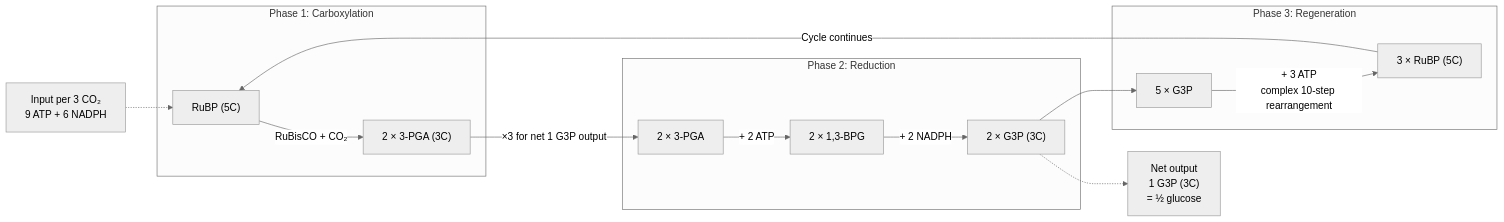
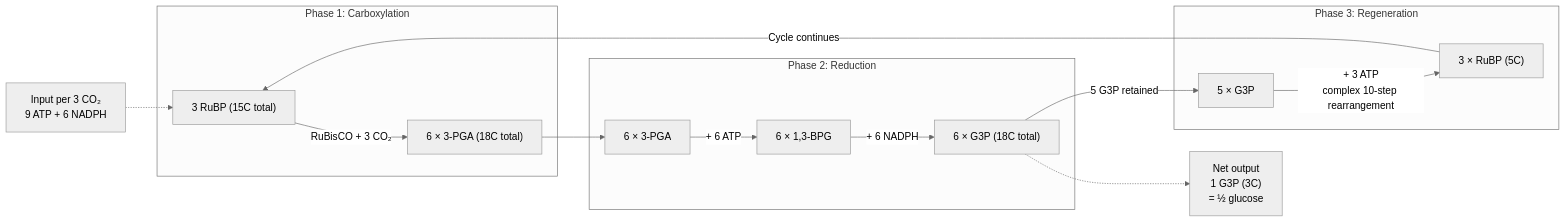
Before and after one commit to docxology/biology_textbook: the second of 6 diagrams in docs/manuscript/unit_III/photosynthesis.md, drawn with Mermaid (neutral theme). The commit also changed other lines of this file and 444 other files, not shown here.

````diff
--- a/docs/manuscript/unit_III/photosynthesis.md
+++ b/docs/manuscript/unit_III/photosynthesis.md
@@ -376,29 +373,29 @@
 ```mermaid
 flowchart LR
     subgraph P1["Phase 1: Carboxylation"]
-        RuBP["RuBP (5C)"]
-        PGA["2 × 3-PGA (3C)"]
-        RuBP -->|"RuBisCO + CO₂"| PGA
+        RuBP["3 RuBP (15C total)"]
+        PGA["6 × 3-PGA (18C total)"]
+        RuBP -->|"RuBisCO + 3 CO₂"| PGA
     end
 
     subgraph P2["Phase 2: Reduction"]
-        PGA2["2 × 3-PGA"]
-        BPG["2 × 1,3-BPG"]
-        G3P["2 × G3P (3C)"]
-        PGA2 -->|"+ 2 ATP"| BPG
-        BPG -->|"+ 2 NADPH"| G3P
+        PGA2["6 × 3-PGA"]
+        BPG["6 × 1,3-BPG"]
+        G3P["6 × G3P (18C total)"]
+        PGA2 -->|"+ 6 ATP"| BPG
+        BPG -->|"+ 6 NADPH"| G3P
     end
 
     subgraph P3["Phase 3: Regeneration"]
         G3P2["5 × G3P"]
         RuBP2["3 × RuBP (5C)"]
         G3P2 -->|"+ 3 ATP<br/>complex 10-step rearrangement"| RuBP2
     end
 
-    PGA -->|"×3 for net 1 G3P output"| PGA2
-    G3P --> G3P2
+    PGA --> PGA2
+    G3P -->|"5 G3P retained"| G3P2
     RuBP2 -->|"Cycle continues"| RuBP
 
     Input["Input per 3 CO₂<br/>9 ATP + 6 NADPH"] -.-> RuBP
     G3P -.-> Output["Net output<br/>1 G3P (3C)<br/>= ½ glucose"]
 ```
````
